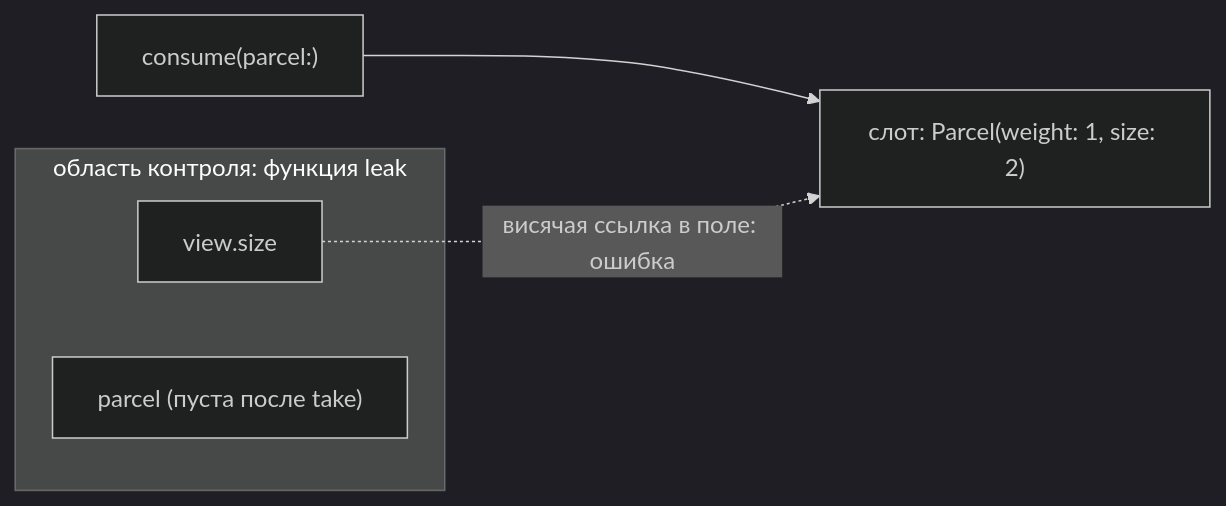
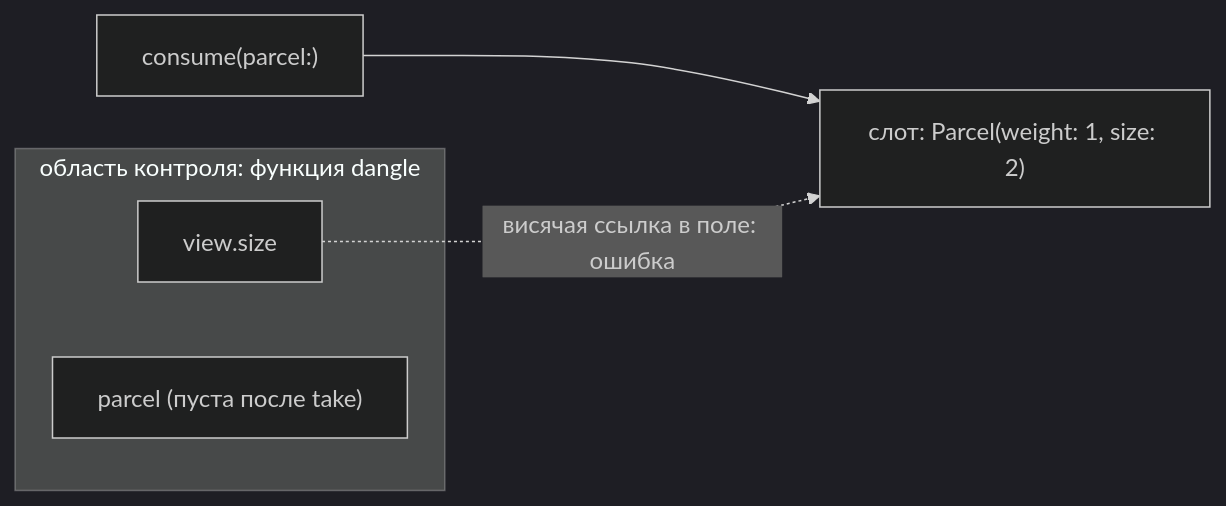
The seventh of 10 diagrams in docs/efen/memory/flow-algorithm.md (efen-lang/efen), drawn with Mermaid (dark theme) before and after one commit. The commit also changed other lines of this file, not shown here.

Commit message:
docs: the dangling-field example is named dangle

````diff
--- a/docs/efen/memory/flow-algorithm.md
+++ b/docs/efen/memory/flow-algorithm.md
@@ -243,9 +243,9 @@
 ```mermaid
 flowchart LR
-    subgraph AC["область контроля: функция leak"]
+    subgraph AC["область контроля: функция dangle"]
         view["view.size"]
         parcel["parcel (пуста после take)"]
     end
     C["consume(parcel:)"] --> S["слот: Parcel(weight: 1, size: 2)"]
     view -. "висячая ссылка в поле: ошибка" .-> S
 ```
````
